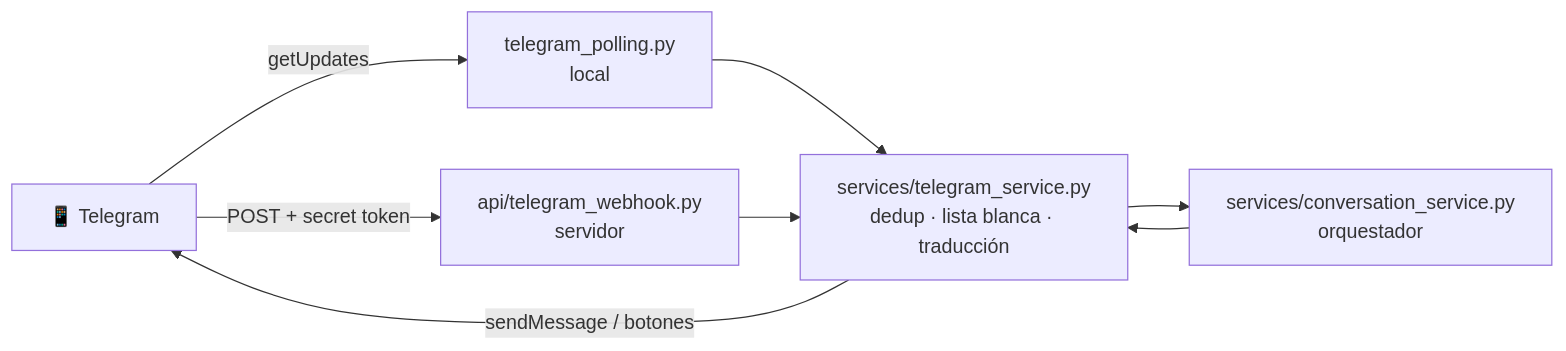
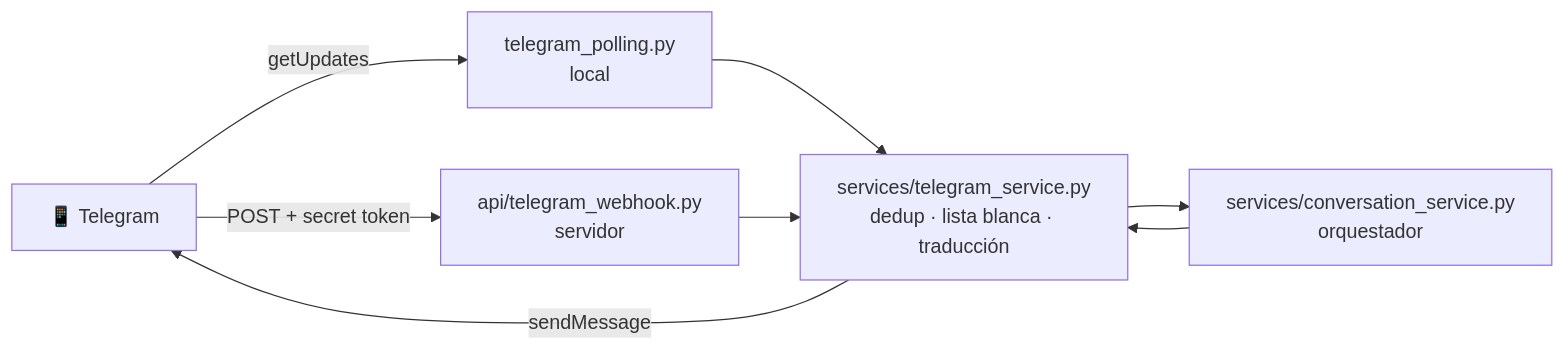
Before and after one commit to FernandoMRestelli/norma-agentic-ai: the diagram in docs/spec/canal-telegram.md, drawn with Mermaid. The commit also changed other lines of this file and 111 other files, not shown here.

````diff
--- a/docs/spec/canal-telegram.md
+++ b/docs/spec/canal-telegram.md
@@ -36,10 +36,10 @@
 ```mermaid
 flowchart LR
     T[📱 Telegram] -->|getUpdates| P[telegram_polling.py<br/>local]
     T -->|POST + secret token| W[api/telegram_webhook.py<br/>servidor]
     P --> S[services/telegram_service.py<br/>dedup · lista blanca · traducción]
     W --> S
     S --> O[services/conversation_service.py<br/>orquestador]
     O --> S
-    S -->|sendMessage / botones| T
+    S -->|sendMessage| T
 ```
````
